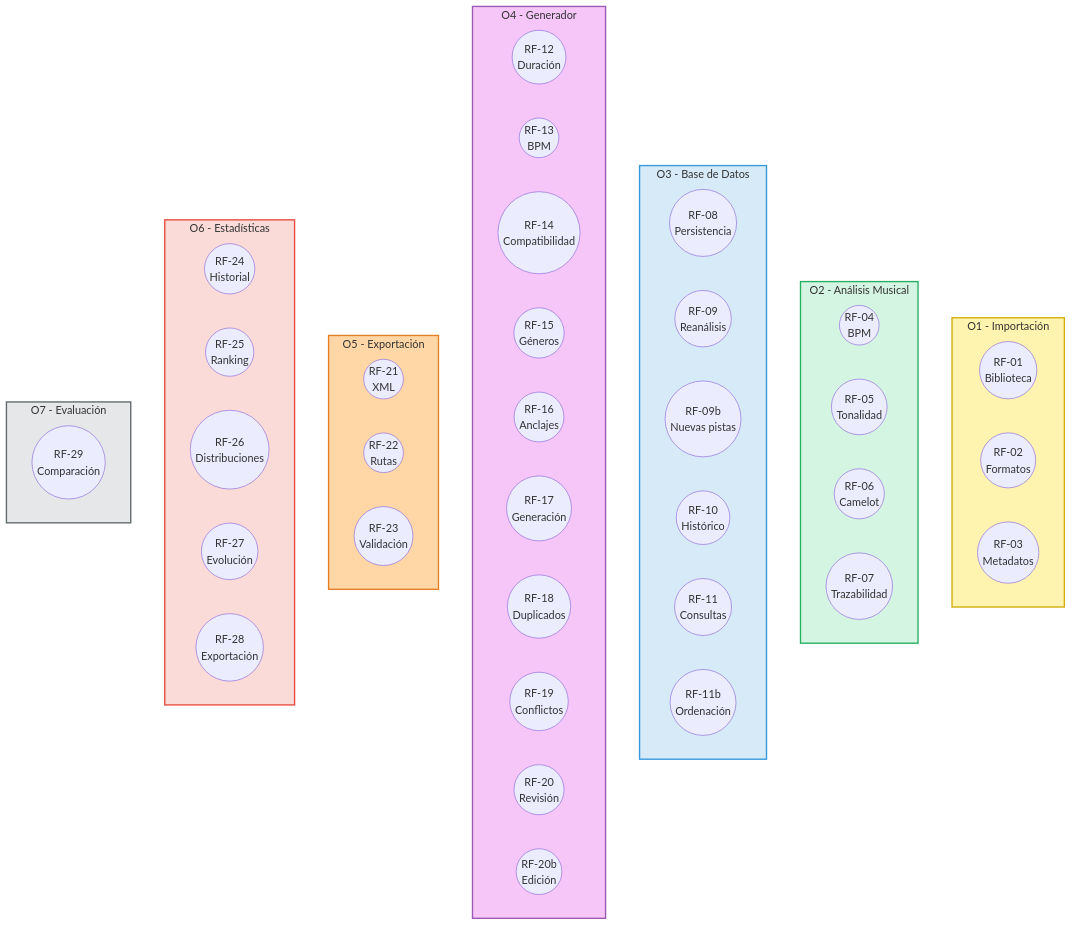
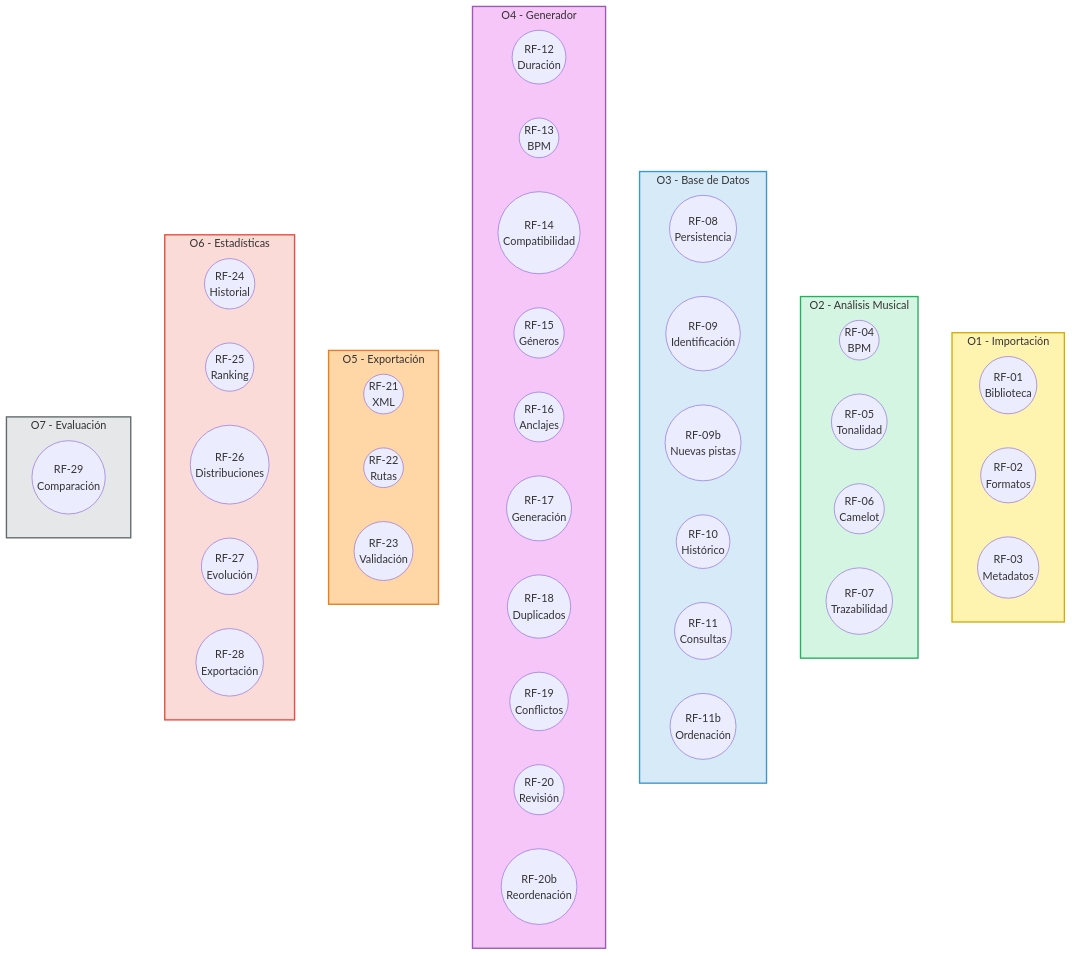
The second of 4 diagrams in docs/requirements/requirements.md (pabloo806/Trabajo-de-Fin-de-Grado), drawn with Mermaid before and after one commit. The commit also changed other lines of this file, not shown here.

````diff
--- a/docs/requirements/requirements.md
+++ b/docs/requirements/requirements.md
@@ -145,70 +145,70 @@
 ```mermaid
 flowchart TB
     subgraph O1["O1 - Importación"]
         direction LR
         RF01(("RF-01<br/>Biblioteca"))
         RF02(("RF-02<br/>Formatos"))
         RF03(("RF-03<br/>Metadatos"))
     end
 
     subgraph O2["O2 - Análisis Musical"]
         direction LR
         RF04(("RF-04<br/>BPM"))
         RF05(("RF-05<br/>Tonalidad"))
         RF06(("RF-06<br/>Camelot"))
         RF07(("RF-07<br/>Trazabilidad"))
     end
 
     subgraph O3["O3 - Base de Datos"]
         direction LR
         RF08(("RF-08<br/>Persistencia"))
-        RF09(("RF-09<br/>Reanálisis"))
+        RF09(("RF-09<br/>Identificación"))
         RF09B(("RF-09b<br/>Nuevas pistas"))
         RF10(("RF-10<br/>Histórico"))
         RF11(("RF-11<br/>Consultas"))
         RF11B(("RF-11b<br/>Ordenación"))
     end
 
     subgraph O4["O4 - Generador"]
         direction LR
         RF12(("RF-12<br/>Duración"))
         RF13(("RF-13<br/>BPM"))
         RF14(("RF-14<br/>Compatibilidad"))
         RF15(("RF-15<br/>Géneros"))
         RF16(("RF-16<br/>Anclajes"))
         RF17(("RF-17<br/>Generación"))
         RF18(("RF-18<br/>Duplicados"))
         RF19(("RF-19<br/>Conflictos"))
         RF20(("RF-20<br/>Revisión"))
-        RF20B(("RF-20b<br/>Edición"))
+        RF20B(("RF-20b<br/>Reordenación"))
     end
 
     subgraph O5["O5 - Exportación"]
         direction LR
         RF21(("RF-21<br/>XML"))
         RF22(("RF-22<br/>Rutas"))
         RF23(("RF-23<br/>Validación"))
     end
 
     subgraph O6["O6 - Estadísticas"]
         direction LR
         RF24(("RF-24<br/>Historial"))
         RF25(("RF-25<br/>Ranking"))
         RF26(("RF-26<br/>Distribuciones"))
         RF27(("RF-27<br/>Evolución"))
         RF28(("RF-28<br/>Exportación"))
     end
 
     subgraph O7["O7 - Evaluación"]
         direction LR
         RF29(("RF-29<br/>Comparación"))
     end
 
 style O1 fill:#FFF3B0,stroke:#D4AC0D,stroke-width:2px
 style O2 fill:#D5F5E3,stroke:#27AE60,stroke-width:2px
 style O3 fill:#D6EAF8,stroke:#3498DB,stroke-width:2px
 style O4 fill:#F5C6F7,stroke:#9B59B6,stroke-width:2px
 style O5 fill:#FFD6A5,stroke:#E67E22,stroke-width:2px
 style O6 fill:#FADBD8,stroke:#E74C3C,stroke-width:2px
 style O7 fill:#E5E7E9,stroke:#616A6B,stroke-width:2px
 ```
````
